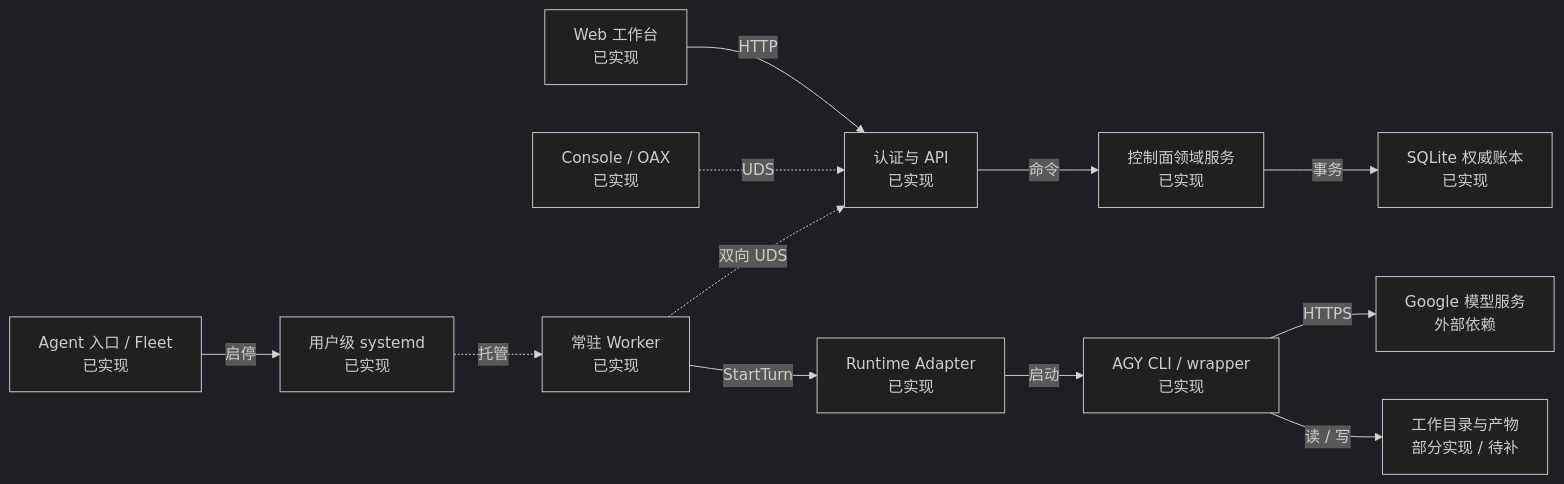
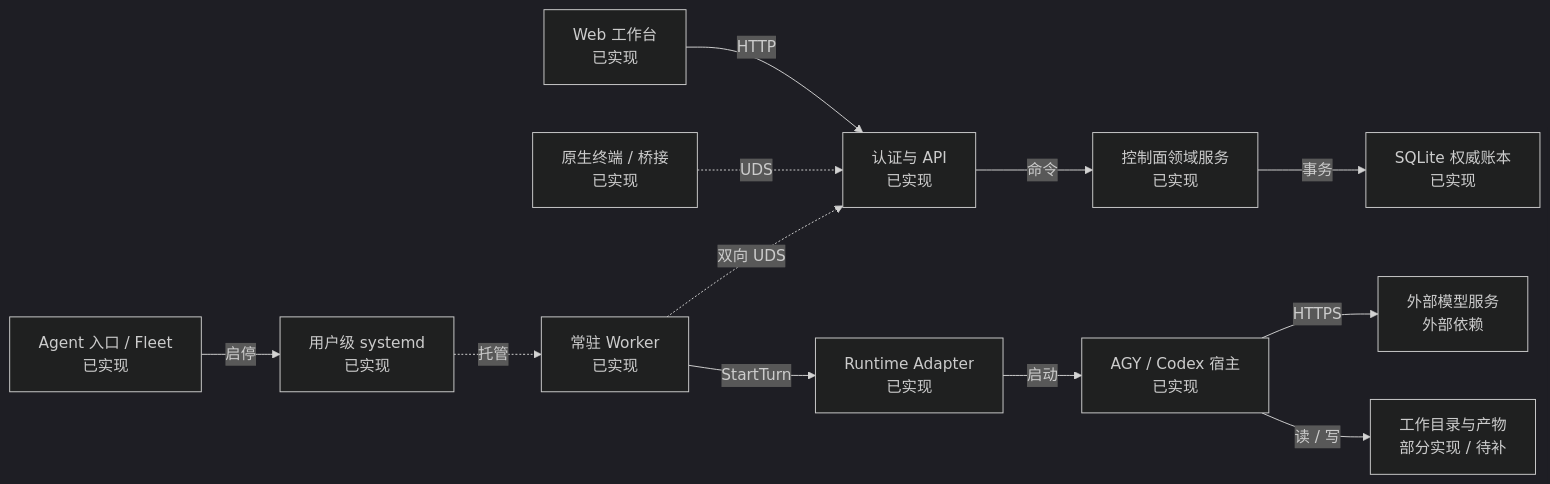
Before and after one commit to insky2017/OpenAgentX: the first of 7 diagrams in docs/design/CURRENT_ARCHITECTURE.md, drawn with Mermaid (dark theme). The commit also changed other lines of this file and 15 other files, not shown here.

Commit message:
docs: refresh architecture and terminal collaboration diagrams

````diff
--- a/docs/design/CURRENT_ARCHITECTURE.md
+++ b/docs/design/CURRENT_ARCHITECTURE.md
@@ -32,26 +33,26 @@
 ```mermaid
 flowchart LR
   web["Web 工作台<br/>已实现"]
   api["认证与 API<br/>已实现"]
   service["控制面领域服务<br/>已实现"]
   db["SQLite 权威账本<br/>已实现"]
-  console["Console / OAX<br/>已实现"]
+  console["原生终端 / 桥接<br/>已实现"]
   worker["常驻 Worker<br/>已实现"]
   adapter["Runtime Adapter<br/>已实现"]
-  cli["AGY CLI / wrapper<br/>已实现"]
+  cli["AGY / Codex 宿主<br/>已实现"]
   entry["Agent 入口 / Fleet<br/>已实现"]
   systemd["用户级 systemd<br/>已实现"]
   files["工作目录与产物<br/>部分实现 / 待补"]
-  cloud["Google 模型服务<br/>外部依赖"]
+  cloud["外部模型服务<br/>外部依赖"]
   web -->|"HTTP"| api
   api -->|"命令"| service
   service -->|"事务"| db
   console -.->|"UDS"| api
   worker -.->|"双向 UDS"| api
   worker -->|"StartTurn"| adapter
   adapter -->|"启动"| cli
   entry -->|"启停"| systemd
   systemd -.->|"托管"| worker
   cli -->|"HTTPS"| cloud
   cli -->|"读 / 写"| files
 ```
````
